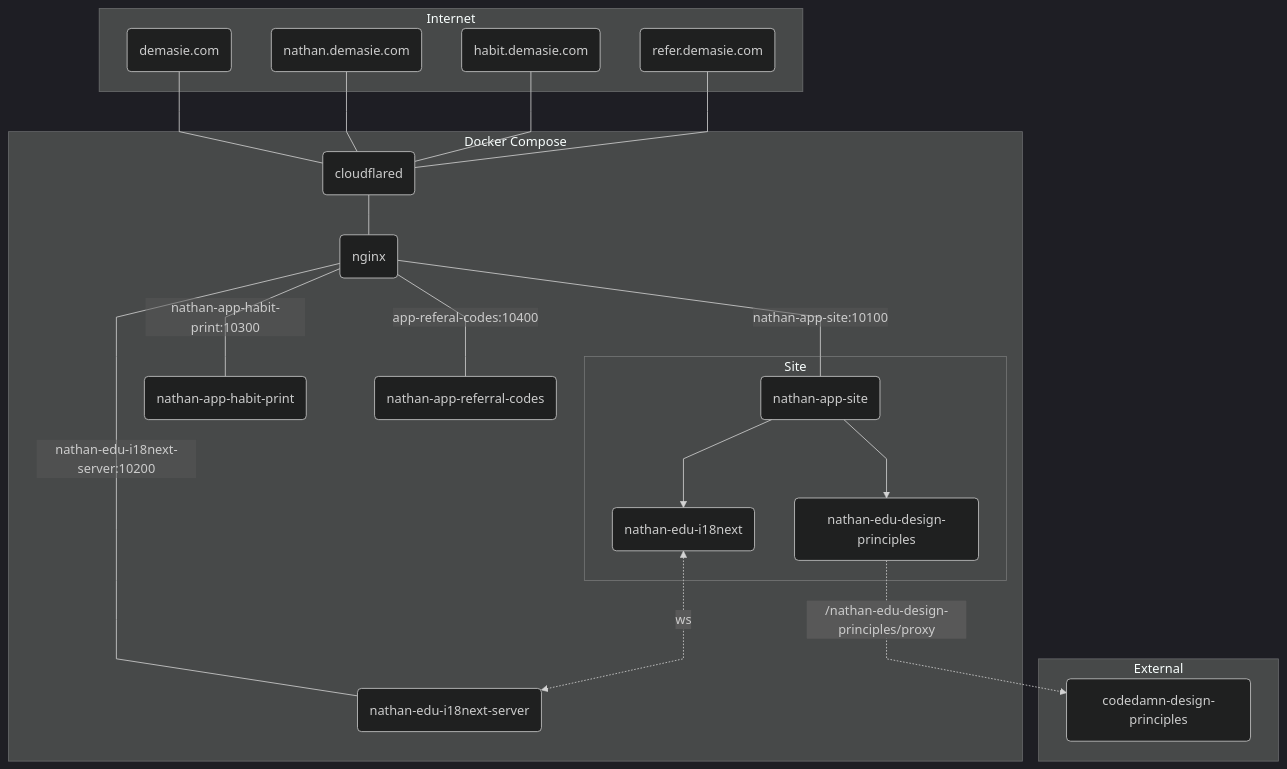
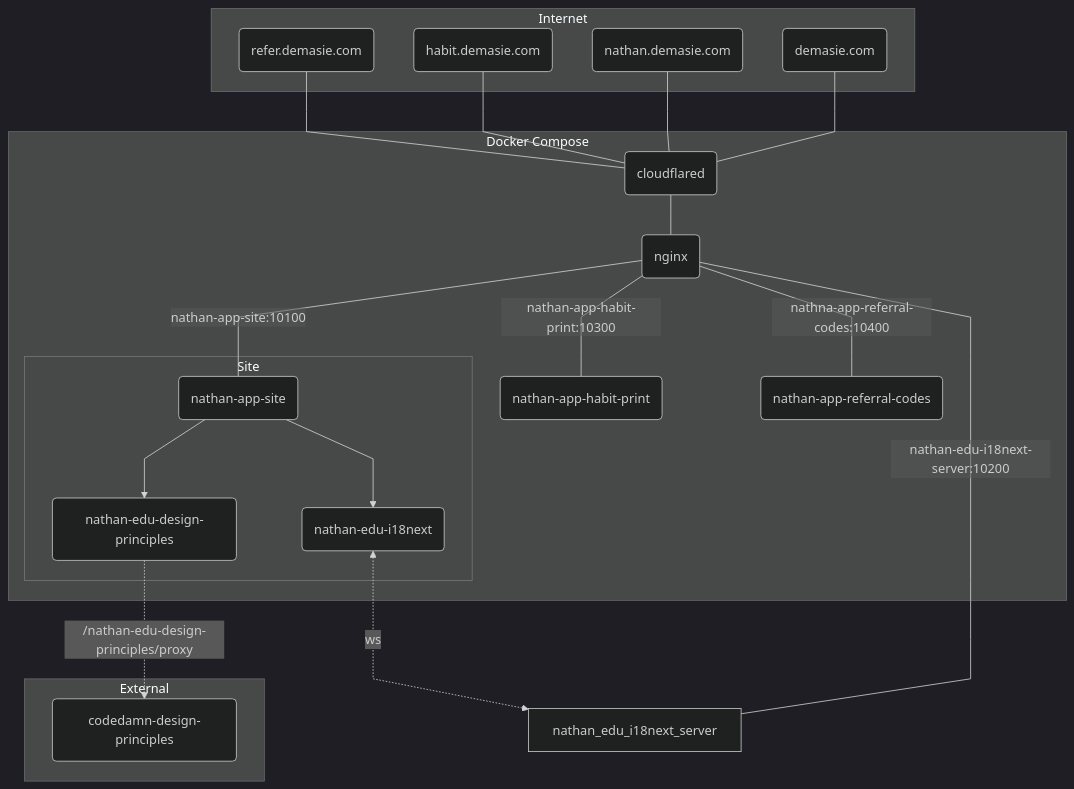
One commit to ndemasie/demasie.com changed the diagram in README.md. Above: the diagram before and after it, drawn with Mermaid. The commit also changed 18 other files, not shown here.

````diff
--- a/README.md
+++ b/README.md
@@ -21,63 +21,63 @@
 ```mermaid
 %%{init: { 'theme': 'dark', 'flowchart' : {'curve' : 'linear'}}}%%
 
 flowchart TB
   subgraph Internet
     domain("demasie.com")
     domain_nathan("nathan.demasie.com")
     domain_habit("habit.demasie.com")
     domain_refer("refer.demasie.com")
   end
 
   subgraph External
     codedamn_design_principles(codedamn-design-principles)
   end
 
   subgraph Docker Compose
     cloudflared(cloudflared)
     nginx(nginx)
-    server_i18next_websocket(nathan-edu-i18next-server)
-    app_habit_print(nathan-app-habit-print)
-    app_referral_codes(nathan-app-referral-codes)
+    nathan_edu_i18next(nathan-edu-i18next-server)
+    nathan_app_habit_print(nathan-app-habit-print)
+    nathan_app_referral_codes(nathan-app-referral-codes)
 
     subgraph Site
-      site_nathan(nathan-app-site)
-      edu_i18next_react(nathan-edu-i18next)
-      edu_design_principles(nathan-edu-design-principles)
+      nathan_app_site(nathan-app-site)
+      nathan_edu_i18next(nathan-edu-i18next)
+      nathan_edu_design_principles(nathan-edu-design-principles)
     end
   end
 
   %% Flow
   domain --- cloudflared
   domain_nathan --- cloudflared
   domain_habit --- cloudflared
   domain_refer --- cloudflared
 
   cloudflared --- nginx
 
-  nginx ---|<div>nathan-app-site:10100</div>| site_nathan
-  nginx ---|<div>nathan-edu-i18next-server:10200</div>| server_i18next_websocket
-  nginx ---|<div>nathan-app-habit-print:10300</div>| app_habit_print
-  nginx ---|<div>app-referal-codes:10400</div>| app_referral_codes
+  nginx ---|<div>nathan-app-site:10100</div>| nathan_app_site
+  nginx ---|<div>nathan-edu-i18next-server:10200</div>| nathan_edu_i18next_server
+  nginx ---|<div>nathan-app-habit-print:10300</div>| nathan_app_habit_print
+  nginx ---|<div>nathna-app-referral-codes:10400</div>| nathan_app_referral_codes
 
-  site_nathan --> edu_i18next_react
-  site_nathan --> edu_design_principles
-  edu_i18next_react <-.->|ws| server_i18next_websocket
-  edu_design_principles -.-> |/nathan-edu-design-principles/proxy| codedamn_design_principles
+  nathan_app_site --> nathan_edu_i18next
+  nathan_app_site --> nathan_edu_design_principles
+  nathan_edu_i18next <-.->|ws| nathan_edu_i18next_server
+  nathan_edu_design_principles -.-> |/nathan-edu-design-principles/proxy| codedamn_design_principles
 
   click domain "https://www.demasie.com" _blank
   click domain_nathan "https://nathan.demasie.com" _blank
   click domain_habit "https://habit.demasie.com" _blank
   click domain_refer "https://refer.demasie.com" _blank
 
   click nginx "https://github.com/ndemasie/ndemasie.github.io/tree/main/packages/nginx" _blank
 
-  click app_habit_print "https://github.com/ndemasie/ndemasie.github.io/tree/main/packages/nathan-app-habit-print" _blank
-  click app_referral_codes "https://github.com/ndemasie/ndemasie.github.io/tree/main/packages/nathan-app-referral-codes" _blank
-  click edu_design_principles "https://github.com/ndemasie/ndemasie.github.io/tree/main/packages/nathan-edu-design-principles" _blank
-  click edu_i18next_react "https://github.com/ndemasie/ndemasie.github.io/tree/main/packages/nathan-edu-i18next" _blank
-  click server_i18next_websocket "https://github.com/ndemasie/ndemasie.github.io/tree/main/packages/nathan-edu-i18next-server" _blank
-  click site_nathan "https://github.com/ndemasie/ndemasie.github.io/tree/main/packages/nathan-app-site" _blank
+  click nathan_app_habit_print "https://github.com/ndemasie/ndemasie.github.io/tree/main/packages/nathan-app-habit-print" _blank
+  click nathan_app_referral_codes "https://github.com/ndemasie/ndemasie.github.io/tree/main/packages/nathan-app-referral-codes" _blank
+  click nathan_app_site "https://github.com/ndemasie/ndemasie.github.io/tree/main/packages/nathan-app-site" _blank
+  click nathan_edu_design_principles "https://github.com/ndemasie/ndemasie.github.io/tree/main/packages/nathan-edu-design-principles" _blank
+  click nathan_edu_i18next "https://github.com/ndemasie/ndemasie.github.io/tree/main/packages/nathan-edu-i18next" _blank
+  click nathan_edu_i18next_server "https://github.com/ndemasie/ndemasie.github.io/tree/main/packages/nathan-edu-i18next-server" _blank
 
   click codedamn_design_principles "https://codedamn.com/playground/qjHW2vXxppVc48uXH5UWv" _blank
 ```
````
